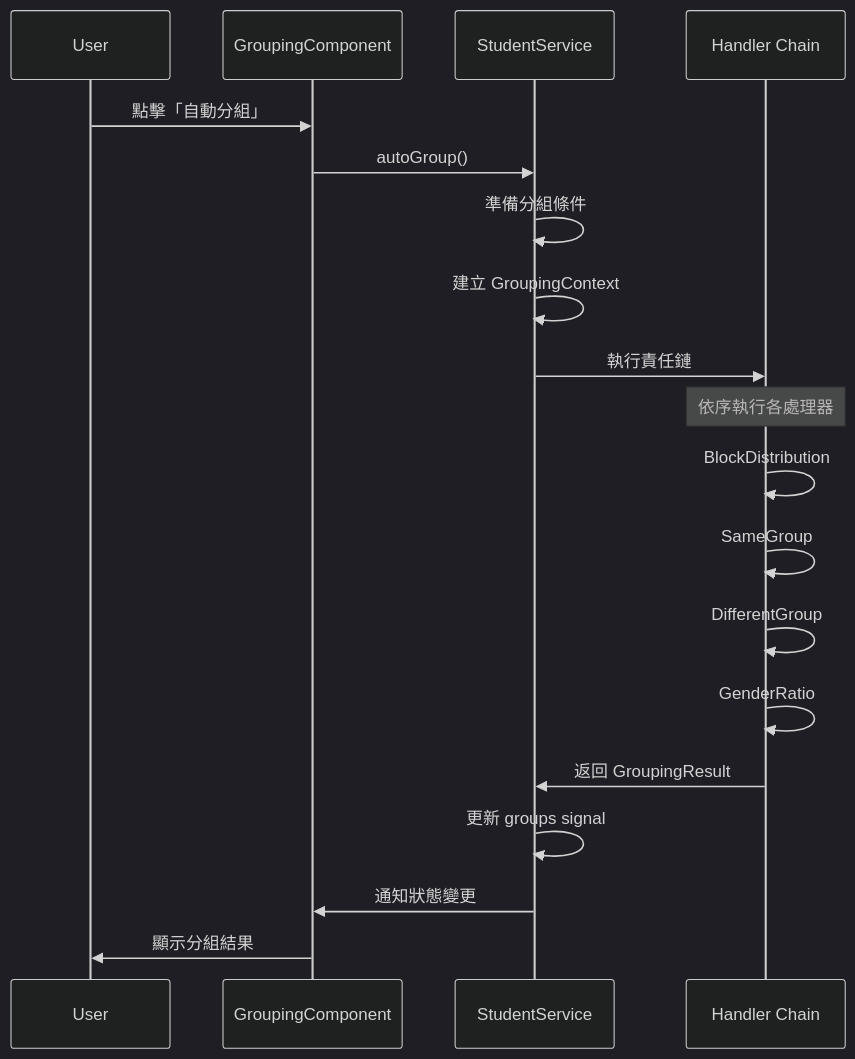
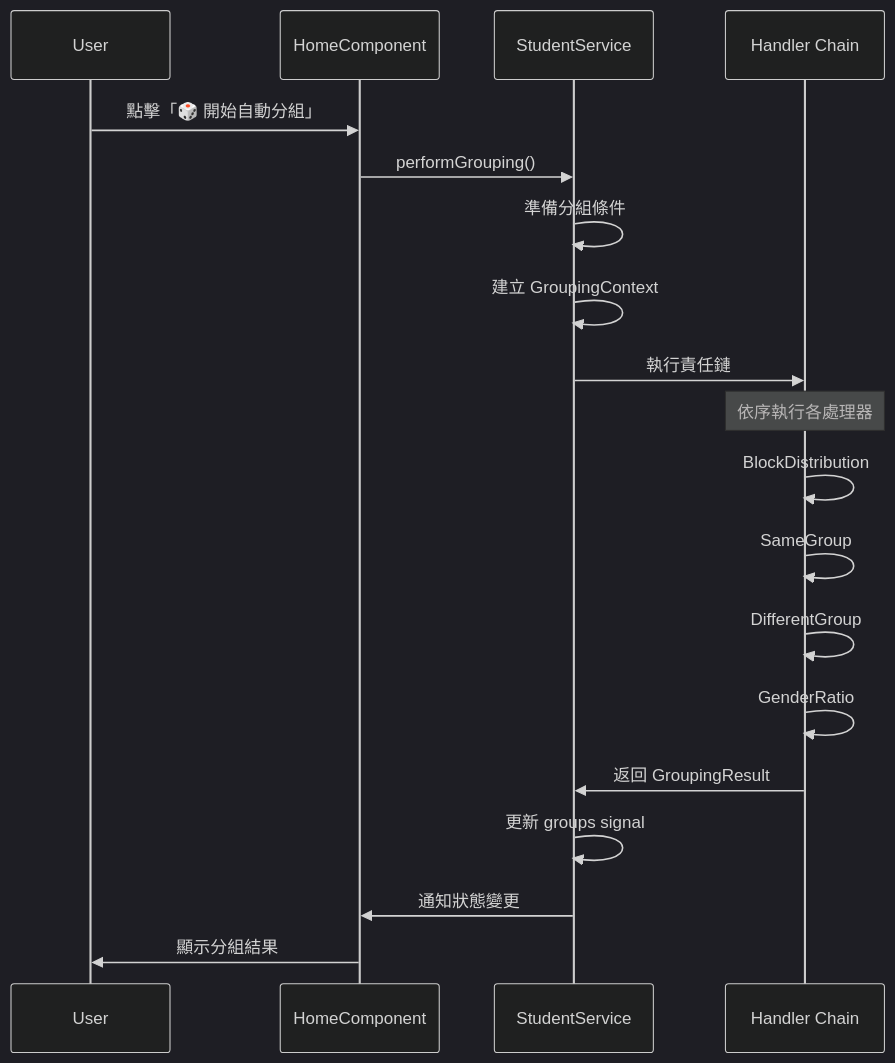
One commit to kuanchungfeng/TeamShuffle changed the first of 2 diagrams in docs/technical-documentation.md. Above: the diagram before and after it, drawn with Mermaid (dark theme). The commit also changed other lines of this file and 9 other files, not shown here.

First line of the commit message:
refactor: remove grouping component and integrate functionality into home component

````diff
--- a/docs/technical-documentation.md
+++ b/docs/technical-documentation.md
@@ -232,25 +241,25 @@
 ```mermaid
 sequenceDiagram
     participant U as User
-    participant GC as GroupingComponent
+    participant HC as HomeComponent
     participant SS as StudentService
     participant Chain as Handler Chain
 
-    U->>GC: 點擊「自動分組」
-    GC->>SS: autoGroup()
+    U->>HC: 點擊「🎲 開始自動分組」
+    HC->>SS: performGrouping()
 
     SS->>SS: 準備分組條件
     SS->>SS: 建立 GroupingContext
     SS->>Chain: 執行責任鏈
 
     Note over Chain: 依序執行各處理器
     Chain->>Chain: BlockDistribution
     Chain->>Chain: SameGroup
     Chain->>Chain: DifferentGroup
     Chain->>Chain: GenderRatio
 
     Chain->>SS: 返回 GroupingResult
     SS->>SS: 更新 groups signal
-    SS->>GC: 通知狀態變更
-    GC->>U: 顯示分組結果
+    SS->>HC: 通知狀態變更
+    HC->>U: 顯示分組結果
 ```
````
